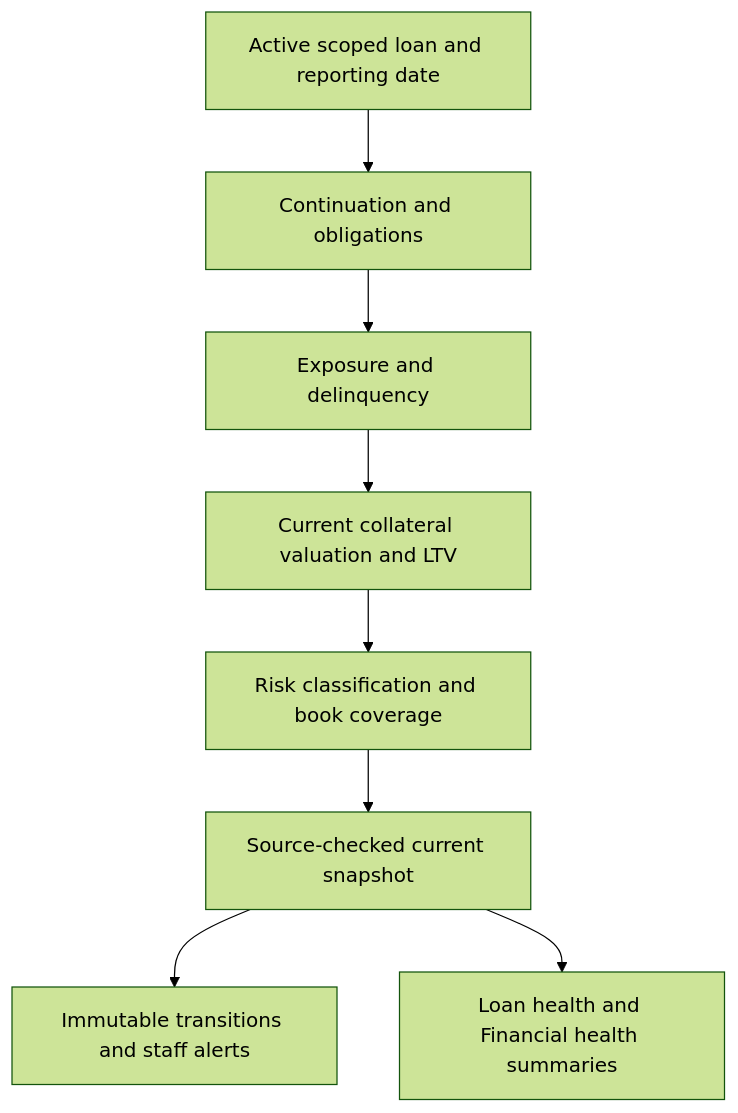
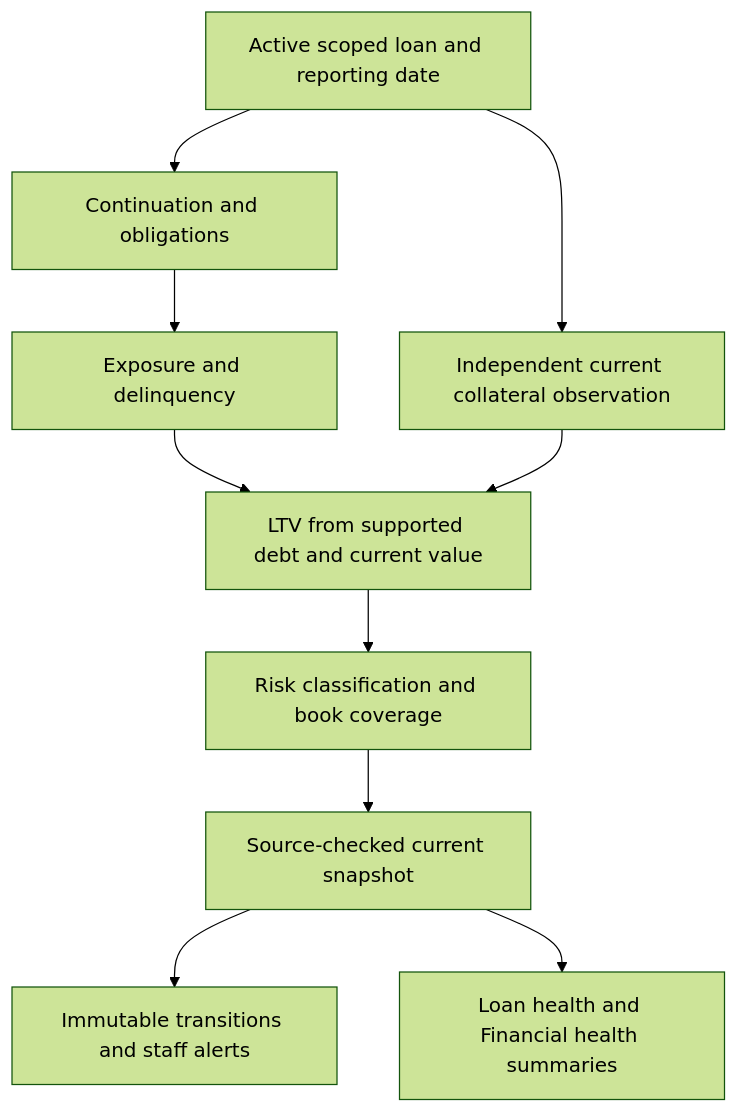
The diagram in docs/architecture/post-origination-loan-monitoring.md (rajeshr188/rokkad), drawn with Mermaid (forest theme) before and after one commit. The commit also changed other lines of this file and 167 other files, not shown here.

````diff
--- a/docs/architecture/post-origination-loan-monitoring.md
+++ b/docs/architecture/post-origination-loan-monitoring.md
@@ -49,10 +84,12 @@
 ```mermaid
 flowchart TD
     A[Active scoped loan and reporting date] --> B[Continuation and obligations]
     B --> C[Exposure and delinquency]
-    C --> D[Current collateral valuation and LTV]
-    D --> E[Risk classification and book coverage]
+    A --> D[Independent current collateral observation]
+    C --> L[LTV from supported debt and current value]
+    D --> L
+    L --> E[Risk classification and book coverage]
     E --> F[Source-checked current snapshot]
     F --> G[Immutable transitions and staff alerts]
     F --> H[Loan health and Financial health summaries]
 ```
````
